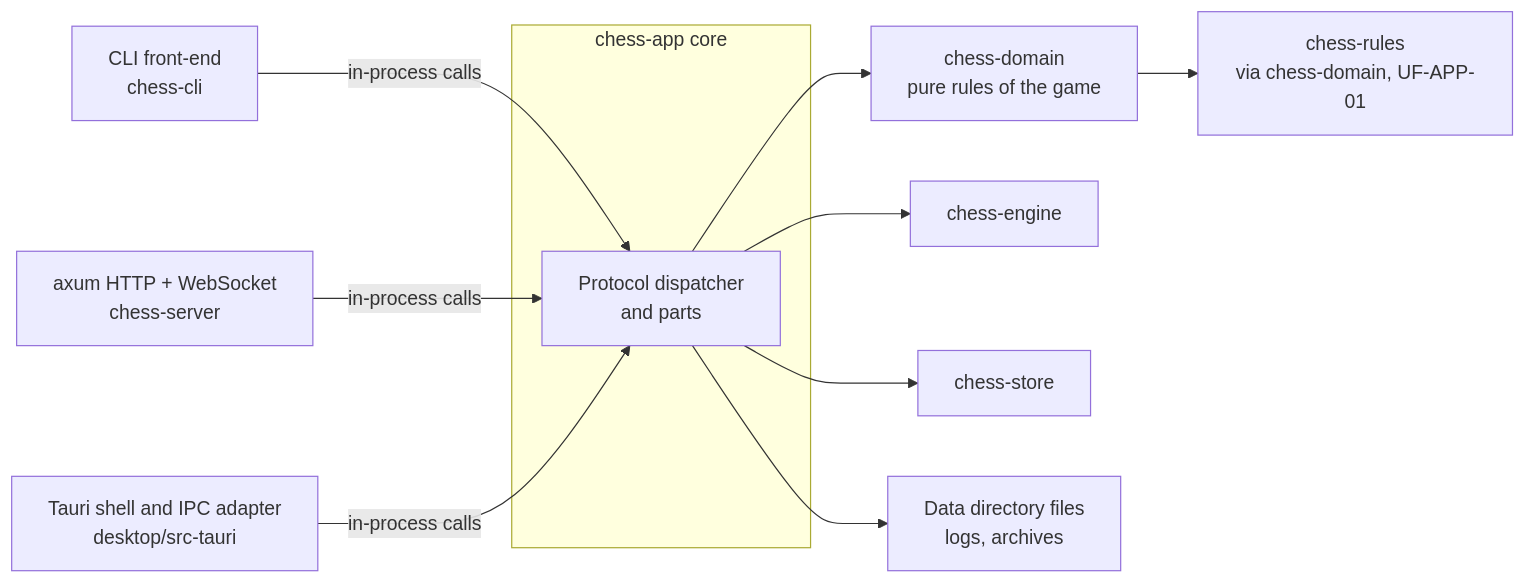
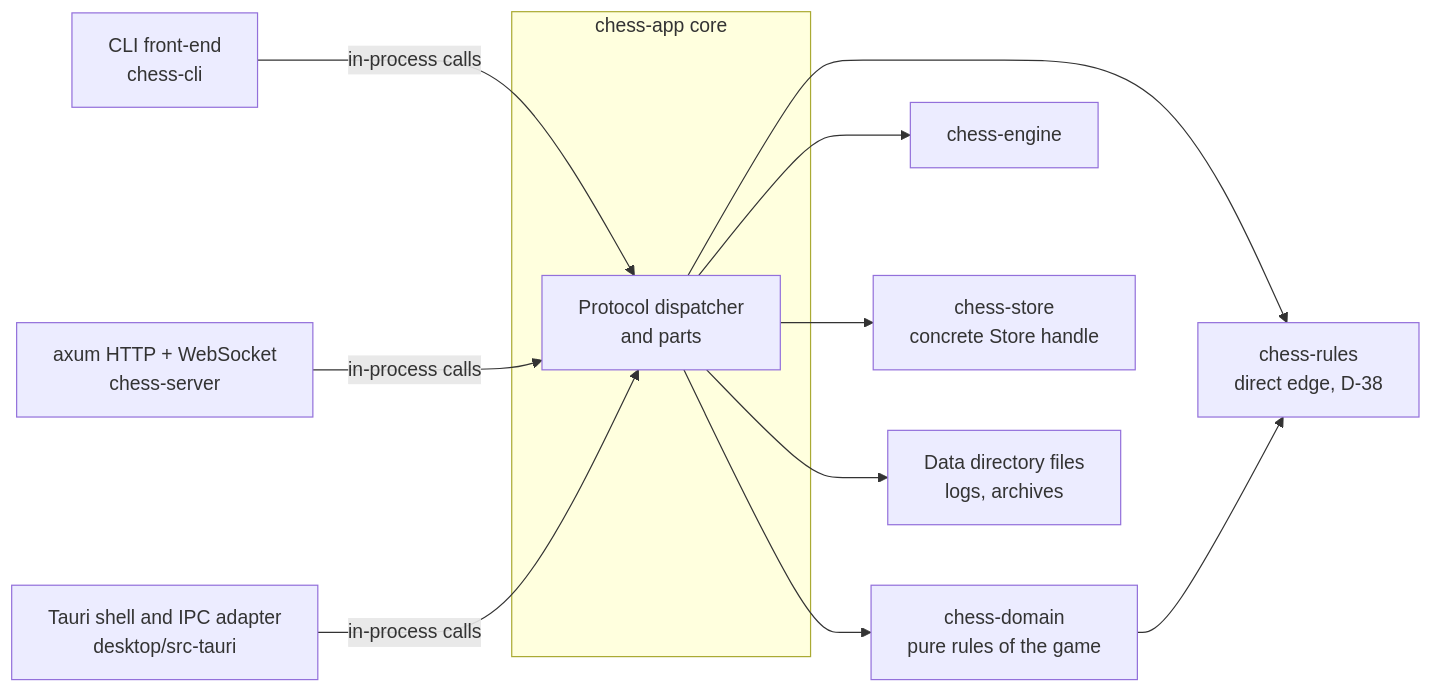
Before and after one commit to bprascher/chess: the first of 15 diagrams in docs/design/SDD-chess-app.md, drawn with Mermaid. The commit also changed other lines of this file and 17 other files, not shown here.

First line of the commit message:
Apply architecture addendum B and C to the SDDs and add the v0.4 consistency pass

````diff
--- a/docs/design/SDD-chess-app.md
+++ b/docs/design/SDD-chess-app.md
@@ -128,22 +133,23 @@
 ```mermaid
 flowchart LR
     cli["CLI front-end<br/>chess-cli"]
     srv["axum HTTP + WebSocket<br/>chess-server"]
     tau["Tauri shell and IPC adapter<br/>desktop/src-tauri"]
     subgraph app["chess-app core"]
         core["Protocol dispatcher<br/>and parts"]
     end
     dom["chess-domain<br/>pure rules of the game"]
-    rul["chess-rules<br/>via chess-domain, UF-APP-01"]
+    rul["chess-rules<br/>direct edge, D-38"]
     eng["chess-engine"]
-    sto["chess-store"]
+    sto["chess-store<br/>concrete Store handle"]
     fs["Data directory files<br/>logs, archives"]
     cli -->|"in-process calls"| core
     srv -->|"in-process calls"| core
     tau -->|"in-process calls"| core
     core --> dom
+    core --> rul
     dom --> rul
     core --> eng
     core --> sto
     core --> fs
 ```
````
